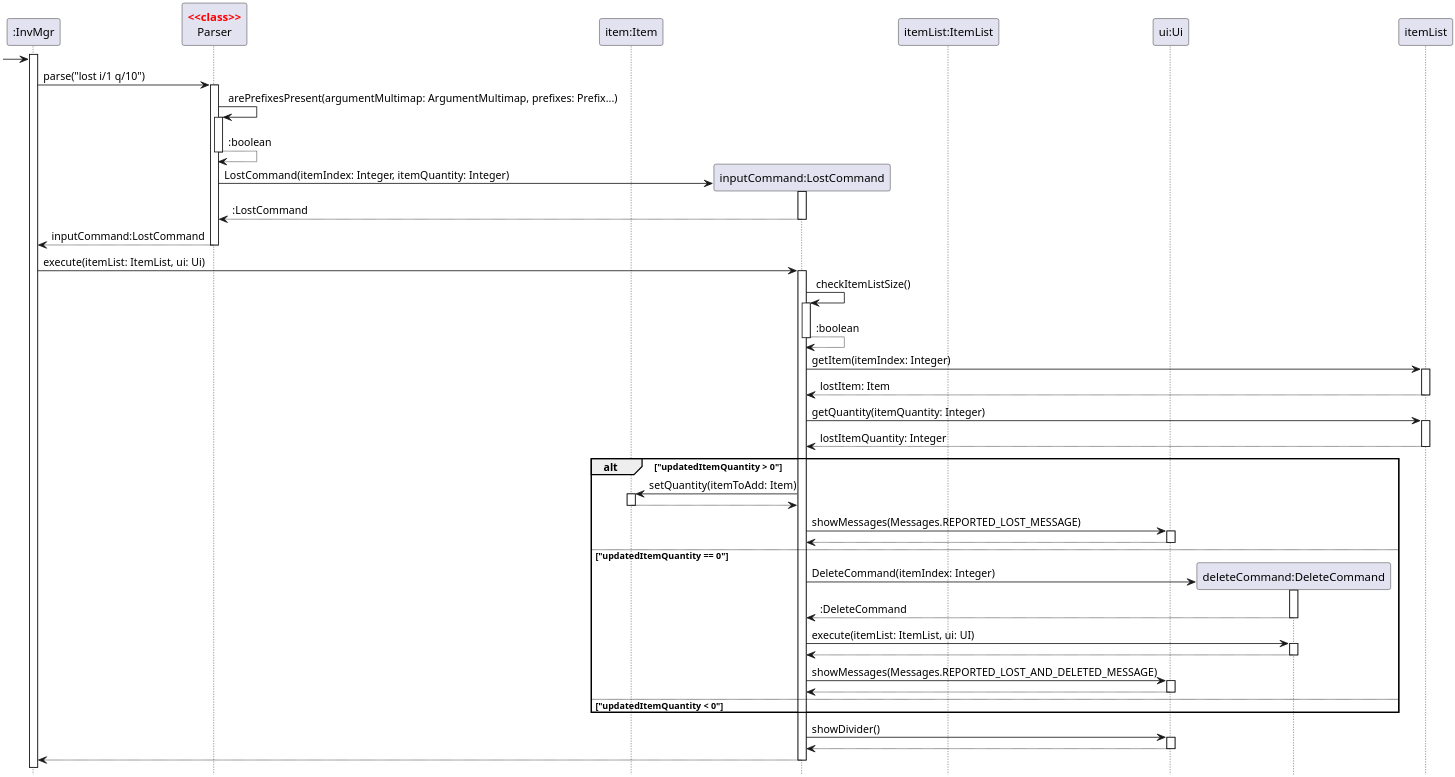
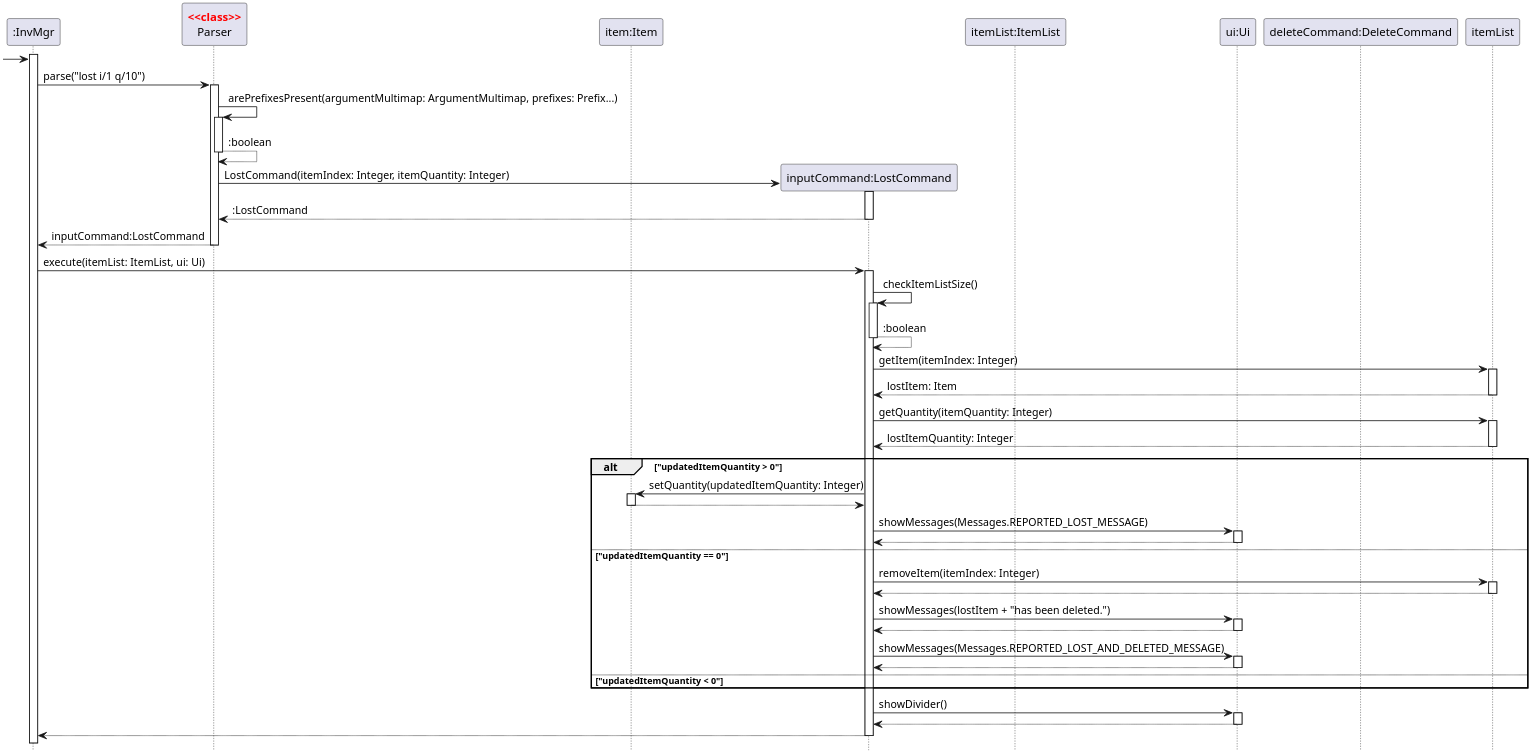
Before and after one commit to nus-cs2113-AY2122S2/tp: the diagram in docs/diagrams/LostCommandSequenceDiagram.puml, drawn with PlantUML. The commit also changed 2 other files, not shown here.

Commit message:
Updates DG with implementation details of LostCommand

```diff
--- a/docs/diagrams/LostCommandSequenceDiagram.puml
+++ b/docs/diagrams/LostCommandSequenceDiagram.puml
@@ -1,76 +1,75 @@
 @startuml
 'https://plantuml.com/sequence-diagram
 hide footbox
 
 skinparam dpi 300
 skinparam guillemet false
 skinparam sequenceStereotypeFontColor red
 skinparam sequenceStereotypeFontStyle bold
 
 Participant ":InvMgr" as invmgr
 Participant "Parser" as parser <<class>>
 Participant "item:Item" as item
 Participant "inputCommand:LostCommand" as cmd
 Participant "itemList:ItemList" as itemlist
 Participant "ui:Ui" as ui
 Participant "deleteCommand:DeleteCommand" as delCommand
 
 activate invmgr
 
 -> invmgr
 invmgr -> parser:parse("lost i/1 q/10")
 activate parser
 
 parser -> parser:arePrefixesPresent(argumentMultimap: ArgumentMultimap, prefixes: Prefix...)
 activate parser
 return :boolean
 
 create cmd
 parser -> cmd:LostCommand(itemIndex: Integer, itemQuantity: Integer)
 activate cmd
 return :LostCommand
 
 return inputCommand:LostCommand
 
 invmgr -> cmd:execute(itemList: ItemList, ui: Ui)
 activate cmd
 
 cmd -> cmd:checkItemListSize()
 activate cmd
 return :boolean
 
 cmd -> itemList: getItem(itemIndex: Integer)
 activate itemList
 return lostItem: Item
 
 cmd -> itemList: getQuantity(itemQuantity: Integer)
 activate itemList
 return lostItemQuantity: Integer
 
 alt "updatedItemQuantity > 0"
-cmd -> item: setQuantity(itemToAdd: Item)
+cmd -> item: setQuantity(updatedItemQuantity: Integer)
 activate item
 return
 cmd -> ui: showMessages(Messages.REPORTED_LOST_MESSAGE)
 activate ui
 return
 else "updatedItemQuantity == 0"
-create delCommand
-cmd -> delCommand:DeleteCommand(itemIndex: Integer)
-activate delCommand
-return :DeleteCommand
-cmd -> delCommand: execute(itemList: ItemList, ui: UI)
-activate delCommand
+cmd -> itemList: removeItem(itemIndex: Integer)
+activate itemList
+return
+cmd -> ui: showMessages(lostItem + "has been deleted.")
+activate ui
 return
 cmd -> ui: showMessages(Messages.REPORTED_LOST_AND_DELETED_MESSAGE)
 activate ui
 return
 else "updatedItemQuantity < 0"
 end
 
 cmd -> ui:showDivider()
 activate ui
 return
 
 return
 @enduml
```
